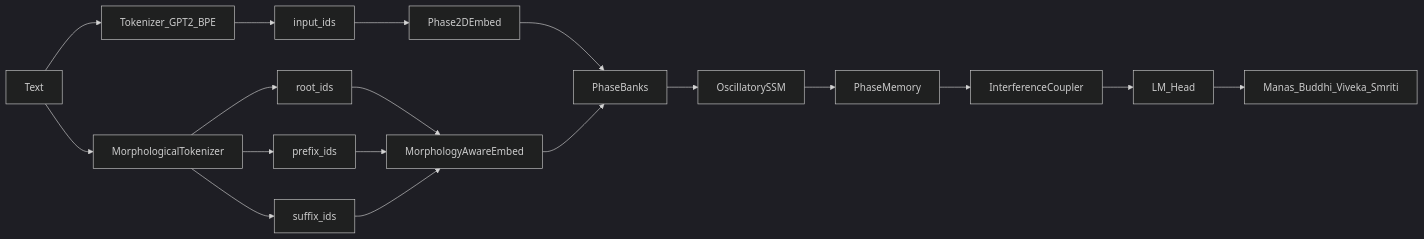
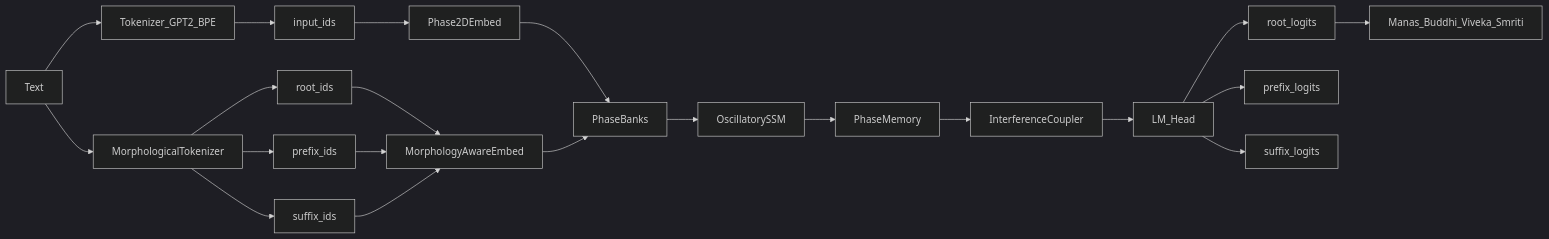
The diagram in v4/README.md (gowrav-vishwakarma/qllm2), drawn with Mermaid (dark theme) before and after one commit. The commit also changed other lines of this file and 10 other files, not shown here.

````diff
--- a/v4/README.md
+++ b/v4/README.md
@@ -144,25 +268,29 @@
 ```mermaid
 flowchart LR
   text[Text] --> tokA[Tokenizer_GPT2_BPE]
   text --> tokB[MorphologicalTokenizer]
 
   tokA --> idsA[input_ids]
   tokB --> roots[root_ids]
   tokB --> prefixes[prefix_ids]
   tokB --> suffixes[suffix_ids]
 
   idsA --> embedA[Phase2DEmbed]
   roots --> embedB[MorphologyAwareEmbed]
   prefixes --> embedB
   suffixes --> embedB
 
   embedA --> banks[PhaseBanks]
   embedB --> banks
 
   banks --> backbone[OscillatorySSM]
   backbone --> mem[PhaseMemory]
   mem --> coupler[InterferenceCoupler]
   coupler --> head[LM_Head]
 
-  head --> metrics[Manas_Buddhi_Viveka_Smriti]
+  head --> rootOut[root_logits]
+  head --> prefixOut[prefix_logits]
+  head --> suffixOut[suffix_logits]
+
+  rootOut --> metrics[Manas_Buddhi_Viveka_Smriti]
 ```
````
